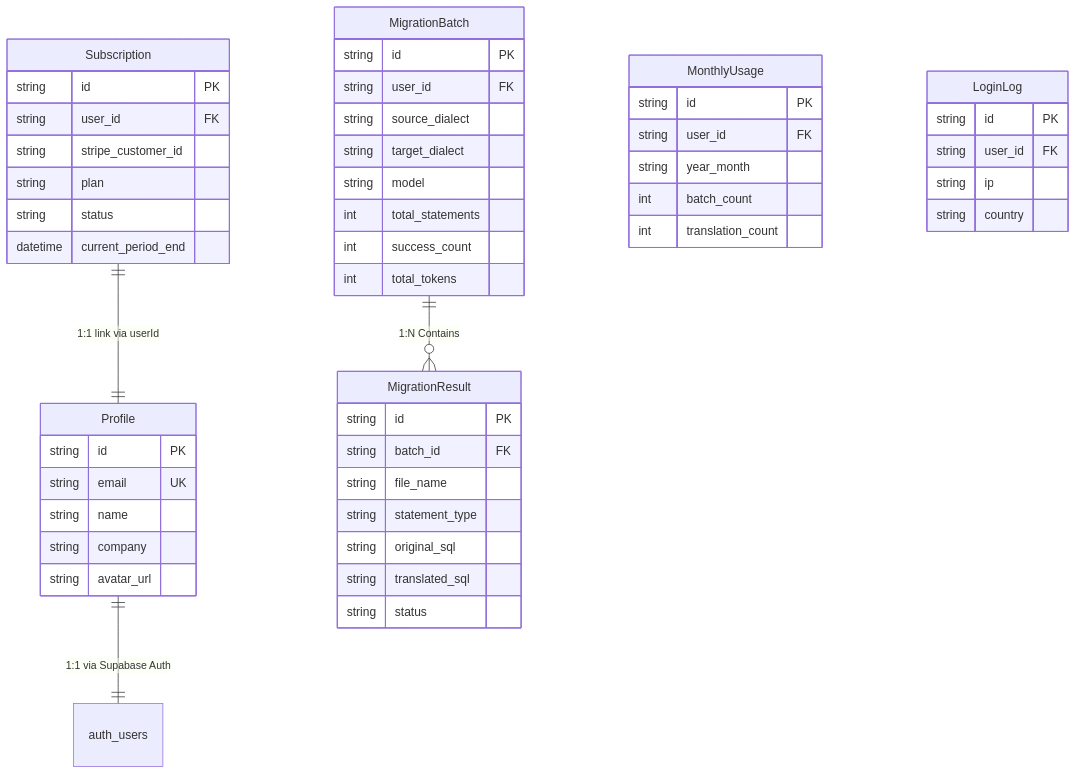
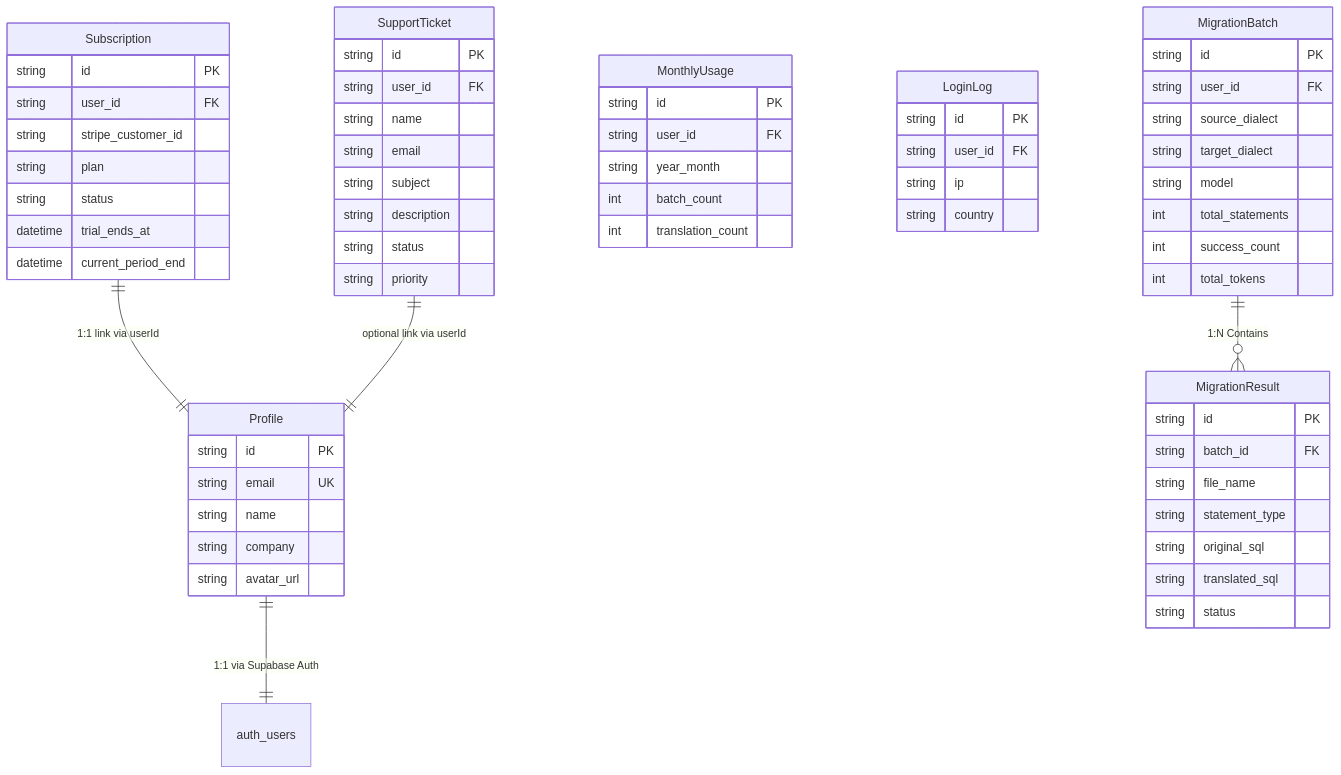
One commit to codeman403/morphdb changed the second of 2 diagrams in ARCHITECTURE.md. Above: the diagram before and after it, drawn with Mermaid. The commit also changed other lines of this file and 1 other file, not shown here.

Commit message:
docs: update README and ARCHITECTURE with all session changes

````diff
--- a/ARCHITECTURE.md
+++ b/ARCHITECTURE.md
@@ -135,58 +149,71 @@
 ```mermaid
 erDiagram
     Profile ||--|| auth_users : "1:1 via Supabase Auth"
     Profile {
         string id PK
         string email UK
         string name
         string company
         string avatar_url
     }
     
     Subscription ||--|| Profile : "1:1 link via userId"
     Subscription {
         string id PK
         string user_id FK
         string stripe_customer_id
         string plan
         string status
+        datetime trial_ends_at
         datetime current_period_end
     }
     
     MigrationBatch ||--o{ MigrationResult : "1:N Contains"
     MigrationBatch {
         string id PK
         string user_id FK
         string source_dialect
         string target_dialect
         string model
         int total_statements
         int success_count
         int total_tokens
     }
     
     MigrationResult {
         string id PK
         string batch_id FK
         string file_name
         string statement_type
         string original_sql
         string translated_sql
         string status
     }
     
     MonthlyUsage {
         string id PK
         string user_id FK
         string year_month
         int batch_count
         int translation_count
     }
     
     LoginLog {
         string id PK
         string user_id FK
         string ip
         string country
     }
+    
+    SupportTicket ||--|| Profile : "optional link via userId"
+    SupportTicket {
+        string id PK
+        string user_id FK
+        string name
+        string email
+        string subject
+        string description
+        string status
+        string priority
+    }
 ```
````
